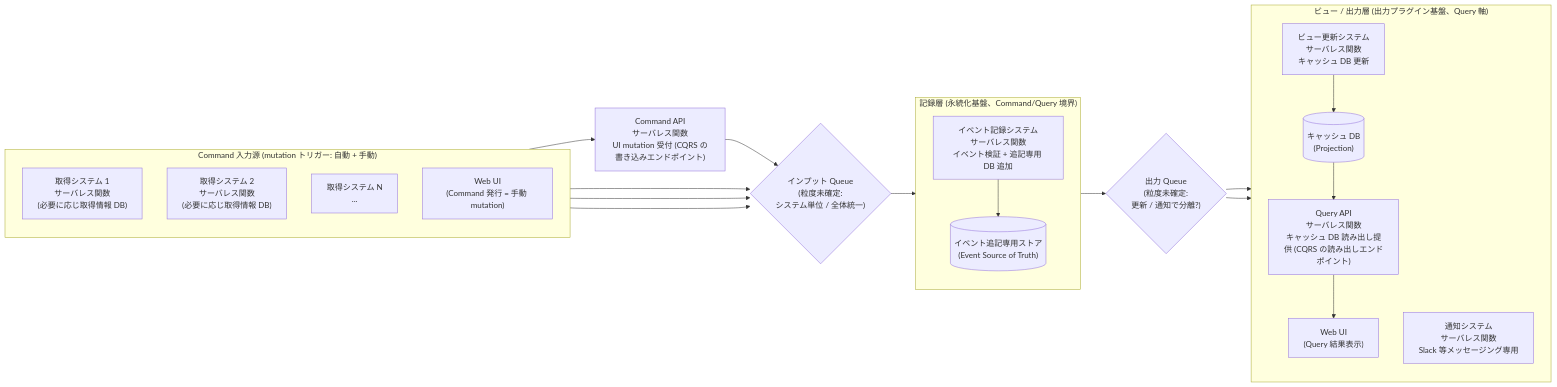
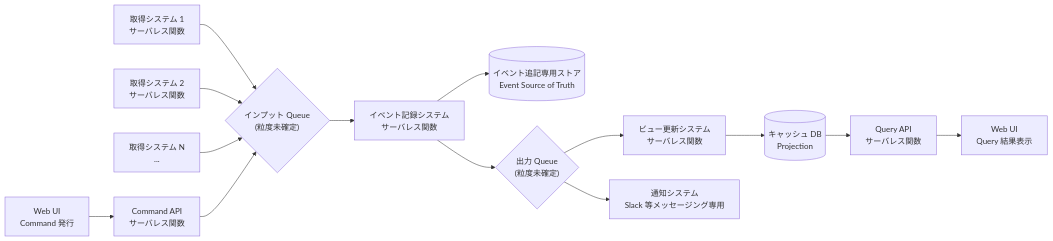
One commit to totto2727-org/monorepo changed the diagram in docs/roadmap/feed-platform/design-hint.md. Above: the diagram before and after it, drawn with Mermaid. The commit also changed other lines of this file and 1 other file, not shown here.

Commit message:
docs(dev-roadmap/feed-platform): flatten Mermaid flow to one-way LR
ユーザー指摘: subgraph によるグルーピングが Mermaid のレイアウトを乱し、
入力 → Queue が一方向にならずエッジが交差していた。

- subgraph (CMDIN / REC / OUT) をすべて撤廃しフラット構造に変更
- 入力 → Queue → 記録 → Queue → 出力 の左→右一方向 LR を徹底
- ノード定義をエッジ定義と同一行に統合し Mermaid のレンダリング順序を素直に
- 図上のグルーピング情報は前後の文章 (構造図セクション冒頭 + 図の補足) で説明
- Web UI が左右 2 箇所に出る理由 (CQRS の mutation/query エンドポイント分離) を
  「図の補足」内に保持

````diff
--- a/docs/roadmap/feed-platform/design-hint.md
+++ b/docs/roadmap/feed-platform/design-hint.md
@@ -27,45 +29,16 @@
 ```mermaid
 flowchart LR
-  subgraph CMDIN ["Command 入力源 (mutation トリガー: 自動 + 手動)"]
-    direction TB
-    A1["取得システム 1<br/>サーバレス関数<br/>(必要に応じ取得情報 DB)"]
-    A2["取得システム 2<br/>サーバレス関数<br/>(必要に応じ取得情報 DB)"]
-    AN["取得システム N<br/>..."]
-    UI_CMD["Web UI<br/>(Command 発行 = 手動 mutation)"]
-  end
-
-  CMDAPI["Command API<br/>サーバレス関数<br/>UI mutation 受付 (CQRS の書き込みエンドポイント)"]
-
-  IQ{"インプット Queue<br/>(粒度未確定:<br/>システム単位 / 全体統一)"}
-
-  subgraph REC ["記録層 (永続化基盤、Command/Query 境界)"]
-    direction TB
-    ER["イベント記録システム<br/>サーバレス関数<br/>イベント検証 + 追記専用 DB 追加"]
-    ES[("イベント追記専用ストア<br/>(Event Source of Truth)")]
-  end
-
-  OQ{"出力 Queue<br/>(粒度未確定:<br/>更新 / 通知で分離?)"}
-
-  subgraph OUT ["ビュー / 出力層 (出力プラグイン基盤、Query 軸)"]
-    direction TB
-    VU["ビュー更新システム<br/>サーバレス関数<br/>キャッシュ DB 更新"]
-    NT["通知システム<br/>サーバレス関数<br/>Slack 等メッセージング専用"]
-    VC[("キャッシュ DB<br/>(Projection)")]
-    QUERYAPI["Query API<br/>サーバレス関数<br/>キャッシュ DB 読み出し提供 (CQRS の読み出しエンドポイント)"]
-    UI_QRY["Web UI<br/>(Query 結果表示)"]
-  end
-
-  A1 --> IQ
-  A2 --> IQ
-  AN --> IQ
-  UI_CMD --> CMDAPI
+  A1["取得システム 1<br/>サーバレス関数"] --> IQ
+  A2["取得システム 2<br/>サーバレス関数"] --> IQ
+  AN["取得システム N<br/>..."] --> IQ
+  UI_CMD["Web UI<br/>Command 発行"] --> CMDAPI["Command API<br/>サーバレス関数"]
   CMDAPI --> IQ
-  IQ --> ER
-  ER --> ES
-  ER --> OQ
-  OQ --> VU
-  OQ --> NT
-  VU --> VC
-  VC --> QUERYAPI
-  QUERYAPI --> UI_QRY
+  IQ{"インプット Queue<br/>(粒度未確定)"} --> ER["イベント記録システム<br/>サーバレス関数"]
+  ER --> ES[("イベント追記専用ストア<br/>Event Source of Truth")]
+  ER --> OQ{"出力 Queue<br/>(粒度未確定)"}
+  OQ --> VU["ビュー更新システム<br/>サーバレス関数"]
+  OQ --> NT["通知システム<br/>Slack 等メッセージング専用"]
+  VU --> VC[("キャッシュ DB<br/>Projection")]
+  VC --> QUERYAPI["Query API<br/>サーバレス関数"]
+  QUERYAPI --> UI_QRY["Web UI<br/>Query 結果表示"]
 ```
````
